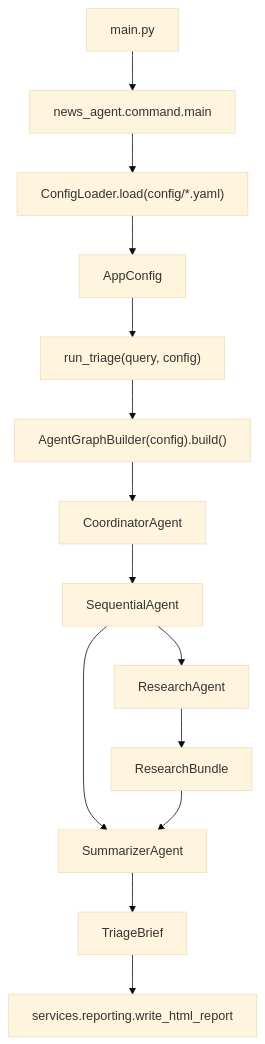
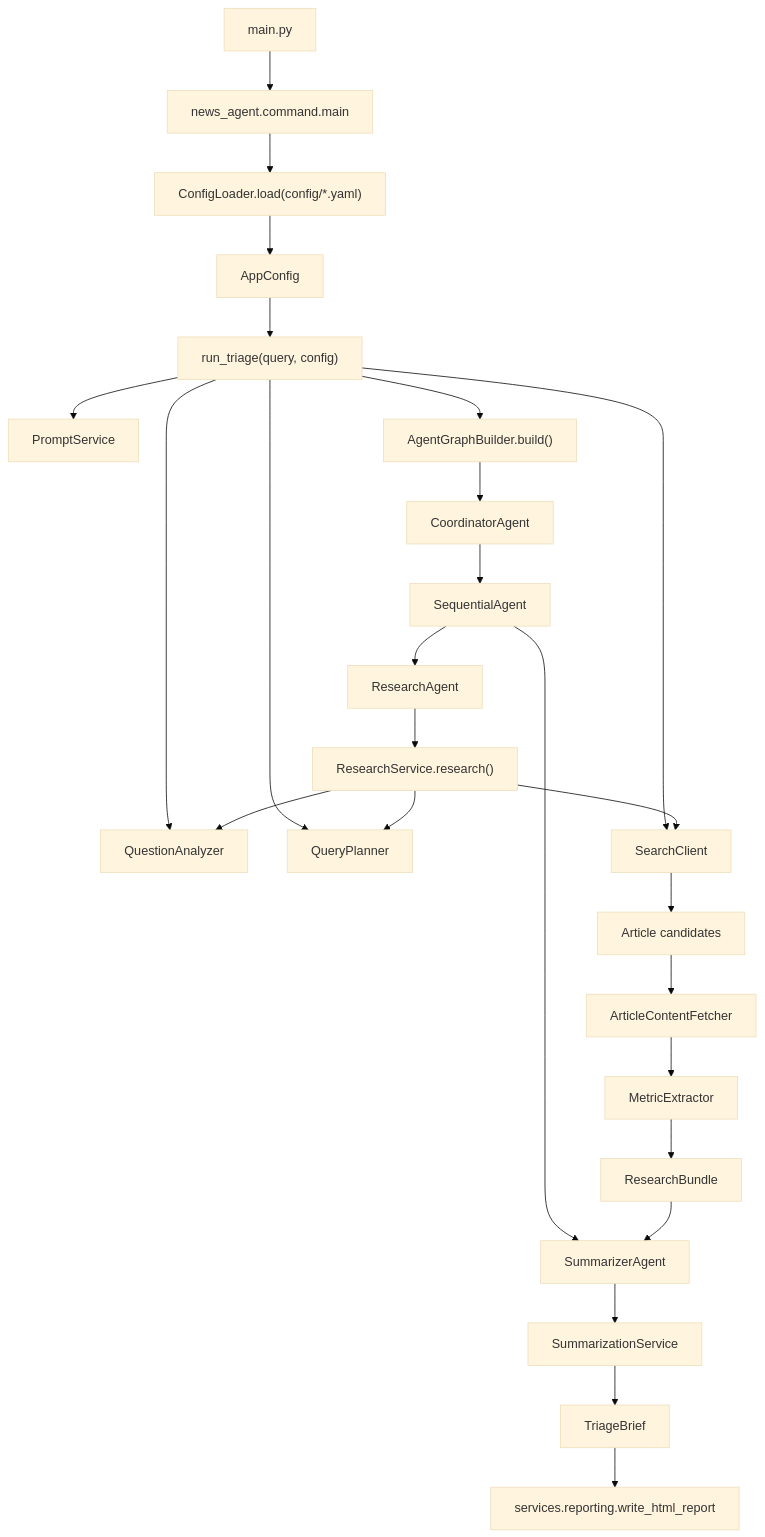
One commit to mouak-ayoub/news_agent changed the first of 5 diagrams in docs/ARCHITECTURE.md. Above: the diagram before and after it, drawn with Mermaid (base theme). The commit also changed other lines of this file and 6 other files, not shown here.

````diff
--- a/docs/ARCHITECTURE.md
+++ b/docs/ARCHITECTURE.md
@@ -7,16 +7,28 @@
 ```mermaid
 flowchart TD
     A["main.py"] --> B["news_agent.command.main"]
     B --> C["ConfigLoader.load(config/*.yaml)"]
     C --> D["AppConfig"]
     D --> E["run_triage(query, config)"]
-    E --> F["AgentGraphBuilder(config).build()"]
+    E --> P["PromptService"]
+    E --> Q["QuestionAnalyzer"]
+    E --> R["QueryPlanner"]
+    E --> S["SearchClient"]
+    E --> F["AgentGraphBuilder.build()"]
     F --> G["CoordinatorAgent"]
     G --> H["SequentialAgent"]
     H --> I["ResearchAgent"]
     H --> J["SummarizerAgent"]
-    I --> K["ResearchBundle"]
-    K --> J
-    J --> L["TriageBrief"]
-    L --> M["services.reporting.write_html_report"]
+    I --> K["ResearchService.research()"]
+    K --> Q
+    K --> R
+    K --> S
+    S --> AF["Article candidates"]
+    AF --> AC["ArticleContentFetcher"]
+    AC --> ME["MetricExtractor"]
+    ME --> RB["ResearchBundle"]
+    RB --> J
+    J --> SS["SummarizationService"]
+    SS --> TB["TriageBrief"]
+    TB --> HR["services.reporting.write_html_report"]
 ```
````
